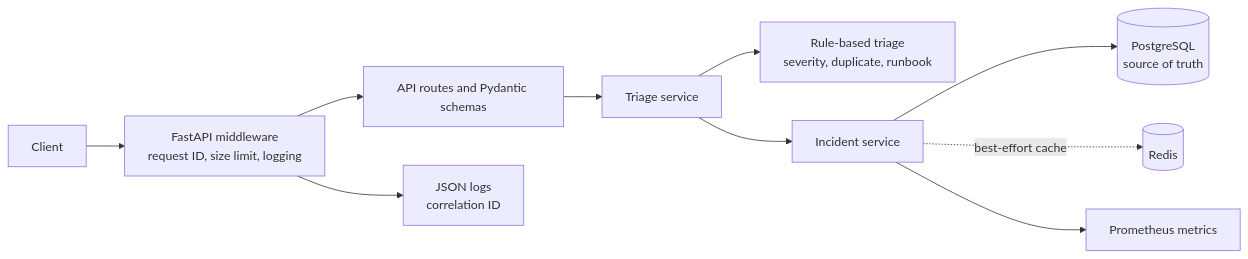
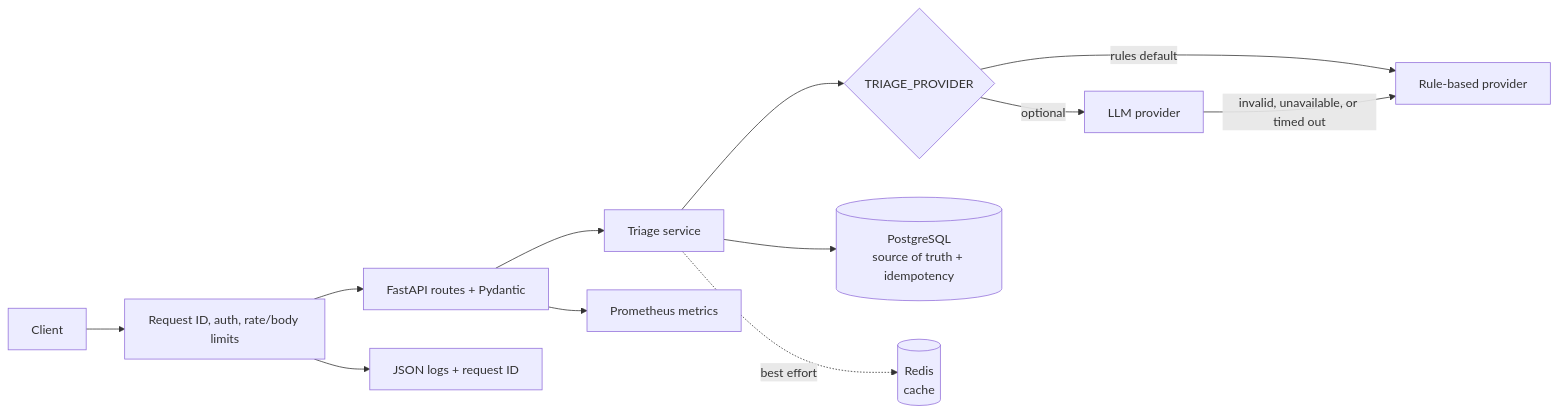
Before and after one commit to Professional-JFR/A.I.-Incident-Triage: the diagram in README.md, drawn with Mermaid. The commit also changed other lines of this file and 31 other files, not shown here.

````diff
--- a/README.md
+++ b/README.md
@@ -35,12 +17,14 @@
 ```mermaid
 flowchart LR
-    Client --> Middleware["FastAPI middleware<br/>request ID, size limit, logging"]
-    Middleware --> Routes["API routes and Pydantic schemas"]
-    Routes --> Triage["Triage service"]
-    Triage --> Rules["Rule-based triage<br/>severity, duplicate, runbook"]
-    Triage --> IncidentService["Incident service"]
-    IncidentService --> Postgres[("PostgreSQL<br/>source of truth")]
-    IncidentService -. "best-effort cache" .-> Redis[("Redis")]
-    IncidentService --> Metrics["Prometheus metrics"]
-    Middleware --> Logs["JSON logs<br/>correlation ID"]
+    Client --> Middleware["Request ID, auth, rate/body limits"]
+    Middleware --> API["FastAPI routes + Pydantic"]
+    API --> Service["Triage service"]
+    Service --> Provider{"TRIAGE_PROVIDER"}
+    Provider -->|rules default| Rules["Rule-based provider"]
+    Provider -->|optional| LLM["LLM provider"]
+    LLM -->|invalid, unavailable, or timed out| Rules
+    Service --> PG[("PostgreSQL<br/>source of truth + idempotency")]
+    Service -. best effort .-> Redis[("Redis<br/>cache")]
+    API --> Metrics["Prometheus metrics"]
+    Middleware --> Logs["JSON logs + request ID"]
 ```
````
